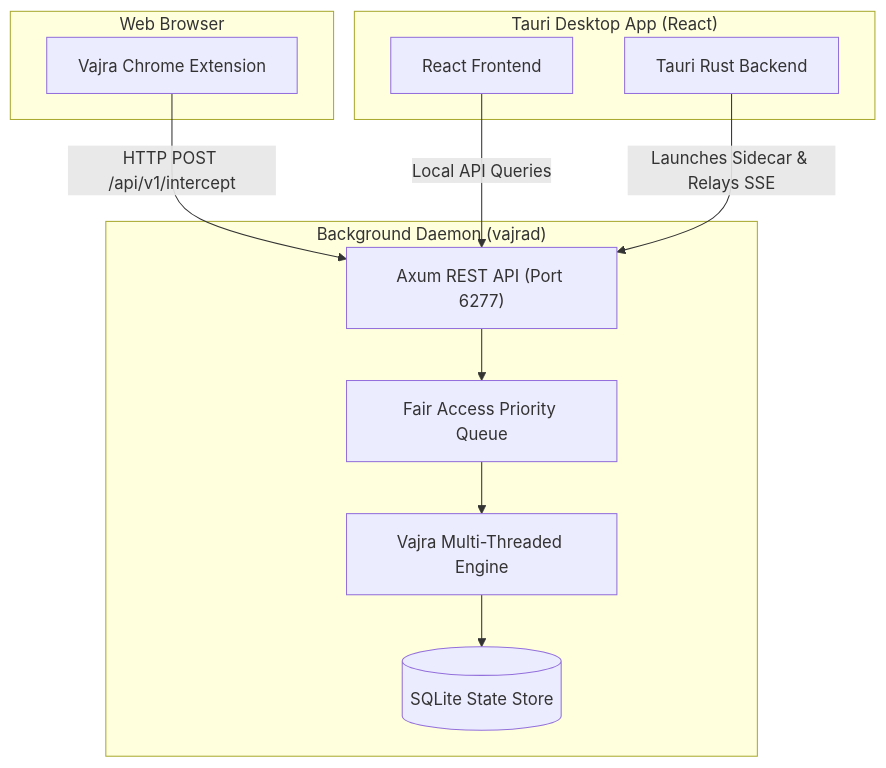
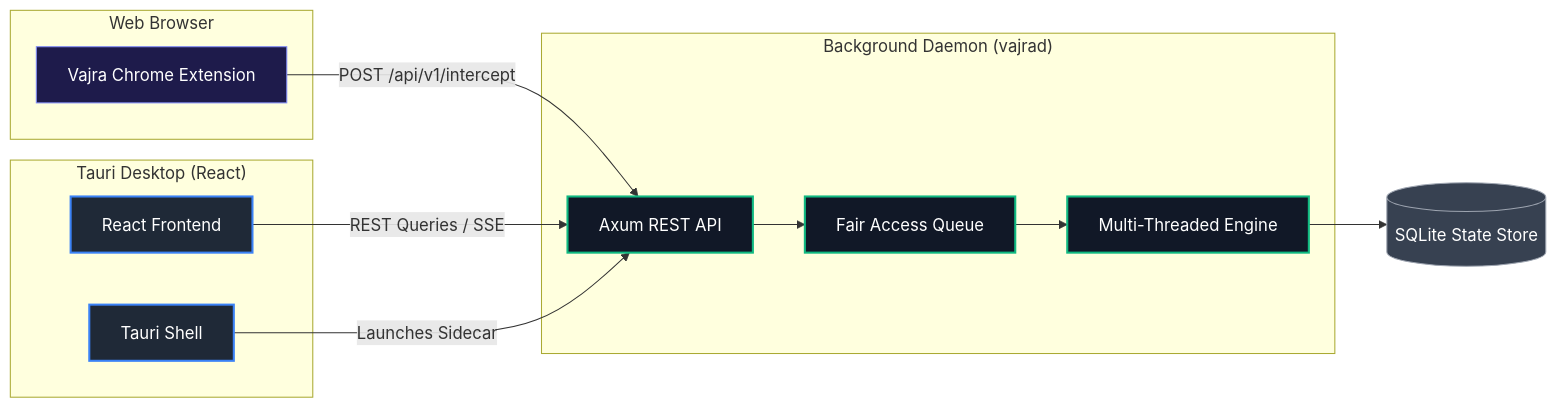
The diagram in README.md (msmayanksingh22/Vajra-Download-Manager), drawn with Mermaid before and after one commit. The commit also changed other lines of this file, not shown here.

````diff
--- a/README.md
+++ b/README.md
@@ -9,25 +53,31 @@
 ```mermaid
-flowchart TD
+flowchart LR
+    classDef main fill:#1f2937,stroke:#3b82f6,stroke-width:2px,color:#fff;
+    classDef ext fill:#1e1b4b,stroke:#818cf8,stroke-width:1px,color:#fff;
+    classDef engine fill:#111827,stroke:#10b981,stroke-width:2px,color:#fff;
+    classDef db fill:#374151,stroke:#9ca3af,stroke-width:1px,color:#fff;
+
     subgraph Browser["Web Browser"]
-        Ext["Vajra Chrome Extension"]
+        Ext["Vajra Chrome Extension"]:::ext
     end
 
-    subgraph DesktopApp["Tauri Desktop App (React)"]
-        UI["React Frontend"]
-        Tauri["Tauri Rust Backend"]
+    subgraph DesktopApp["Tauri Desktop (React)"]
+        UI["React Frontend"]:::main
+        Tauri["Tauri Shell"]:::main
     end
 
     subgraph Service["Background Daemon (vajrad)"]
-        Api["Axum REST API (Port 6277)"]
-        Queue["Fair Access Priority Queue"]
-        Engine["Vajra Multi-Threaded Engine"]
-        DB[("SQLite State Store")]
+        Api["Axum REST API"]:::engine
+        Queue["Fair Access Queue"]:::engine
+        Engine["Multi-Threaded Engine"]:::engine
     end
 
-    Ext -->|HTTP POST /api/v1/intercept| Api
-    UI -->|Local API Queries| Api
-    Tauri -->|Launches Sidecar & Relays SSE| Api
+    DB[("SQLite State Store")]:::db
+
+    Ext -->|POST /api/v1/intercept| Api
+    UI -->|REST Queries / SSE| Api
+    Tauri -->|Launches Sidecar| Api
     Api --> Queue
     Queue --> Engine
     Engine --> DB
 ```
````
